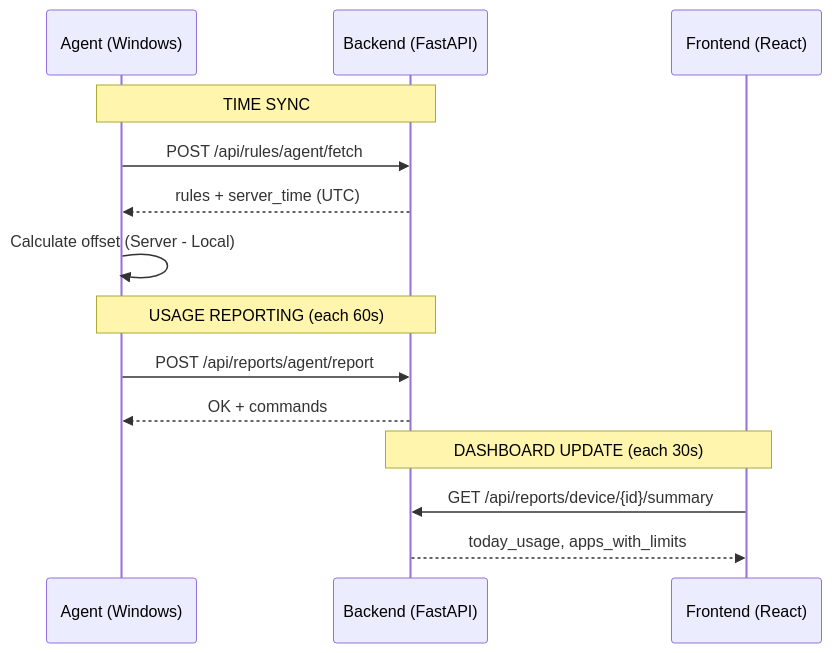
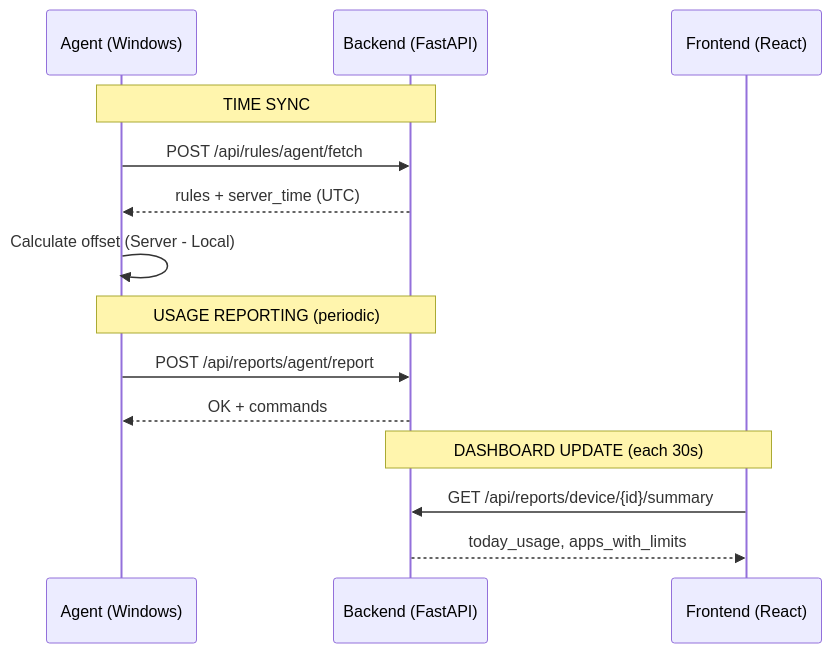
Before and after one commit to SkriptyRobert/FamilyEye: the first of 2 diagrams in docs/TIME_SYNC_DIAGRAM.md, drawn with Mermaid. The commit also changed other lines of this file and 22 other files, not shown here.

````diff
--- a/docs/TIME_SYNC_DIAGRAM.md
+++ b/docs/TIME_SYNC_DIAGRAM.md
@@ -7,19 +7,19 @@
 ```mermaid
 sequenceDiagram
     participant Agent as Agent (Windows)
     participant Backend as Backend (FastAPI)
     participant Frontend as Frontend (React)
     
     Note over Agent,Backend: TIME SYNC
     Agent->>Backend: POST /api/rules/agent/fetch
     Backend-->>Agent: rules + server_time (UTC)
     Agent->>Agent: Calculate offset (Server - Local)
     
-    Note over Agent,Backend: USAGE REPORTING (each 60s)
+    Note over Agent,Backend: USAGE REPORTING (periodic)
     Agent->>Backend: POST /api/reports/agent/report
     Backend-->>Agent: OK + commands
     
     Note over Frontend,Backend: DASHBOARD UPDATE (each 30s)
     Frontend->>Backend: GET /api/reports/device/{id}/summary
     Backend-->>Frontend: today_usage, apps_with_limits
 ```
````
